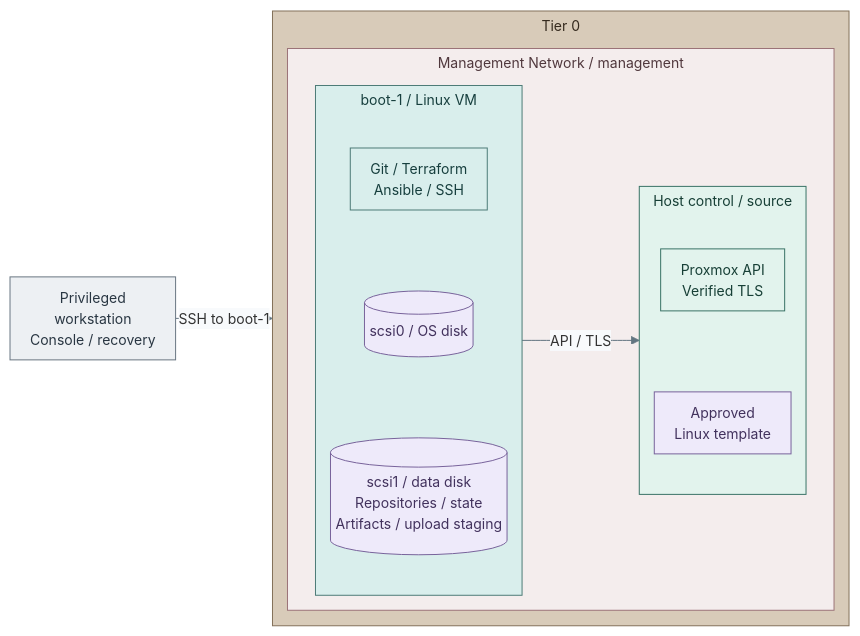
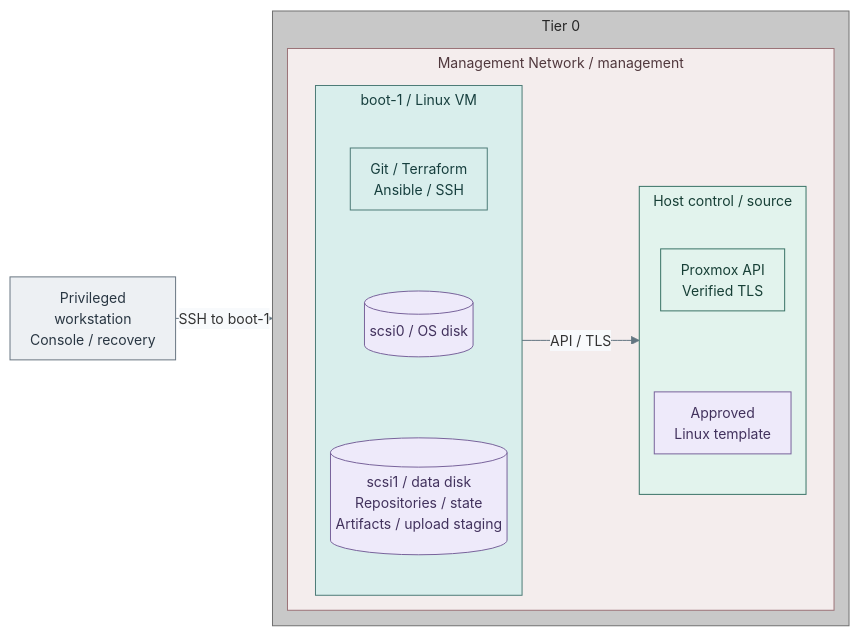
One commit to Rexus/homelab changed the diagram in docs/03-deployment/foundation/bootstrap/README.md. Above: the diagram before and after it, drawn with Mermaid. The commit also changed 91 other files, not shown here.

First line of the commit message:
docs(operations): document VMID cutover and align diagram colors

````diff
--- a/docs/03-deployment/foundation/bootstrap/README.md
+++ b/docs/03-deployment/foundation/bootstrap/README.md
@@ -14,43 +14,43 @@
 ```mermaid
 %%{init: {"theme":"base","flowchart":{"nodeSpacing":10,"rankSpacing":6,"padding":10,"subGraphTitleMargin":{"top":4,"bottom":18}},"themeVariables":{"lineColor":"#627581","edgeLabelBackground":"#f8fafc","fontFamily":"Arial, sans-serif","fontSize":"14px"},"fontFamily":"Arial, sans-serif"}}%%
 flowchart LR
   Admin["Privileged<br/>workstation<br/>Console / recovery"]
   subgraph T0["Tier 0"]
     direction TB
       subgraph Network["Management Network / management"]
         direction LR
         subgraph VM["boot-1 / Linux VM"]
           direction TB
           Tools["Git / Terraform<br/>Ansible / SSH"]
           OS[("scsi0 / OS disk")]
           Data[("scsi1 / data disk<br/>Repositories / state<br/>Artifacts / upload staging")]
           Tools ~~~ OS ~~~ Data
         end
         subgraph Host["Host control / source"]
           direction TB
           API["Proxmox API<br/>Verified TLS"]
           Image["Approved<br/>Linux template"]
           API ~~~ Image
         end
         Tools -->|API / TLS| API
       end
   end
   Admin -->|SSH to boot-1| Tools
   classDef default fill:#f8fafc,stroke:#64748b,color:#1f2937
   classDef boundary fill:#eef2f6,stroke:#64748b,color:#1f2937
   classDef actor fill:#edf0f3,stroke:#697682,color:#293642
   classDef control fill:#e2f3ed,stroke:#397366,color:#173f36
   classDef controlHeading fill:#e2f3ed,stroke:#e2f3ed,color:#173f36
   classDef runtime fill:#d9eeec,stroke:#4d7b77,color:#173f3e
   classDef data fill:#eeeafa,stroke:#78639b,color:#42325d
   class Admin actor
   class Host,API control
   class VM,Tools runtime
   class Image,OS,Data data
-  classDef tier0 fill:#d8cbb9,stroke:#83715a,color:#352a1e
+  classDef tier0 fill:#c8c8c8,stroke:#707070,color:#262626
   class T0 tier0
-  classDef tier0Heading fill:#d8cbb9,stroke:#d8cbb9,color:#352a1e
+  classDef tier0Heading fill:#c8c8c8,stroke:#c8c8c8,color:#262626
   classDef zoneControl fill:#c9e0d5,stroke:#397366,color:#173f36
   classDef network fill:#f4eded,stroke:#9b7378,color:#50383d
   class Network network
 ```
````
